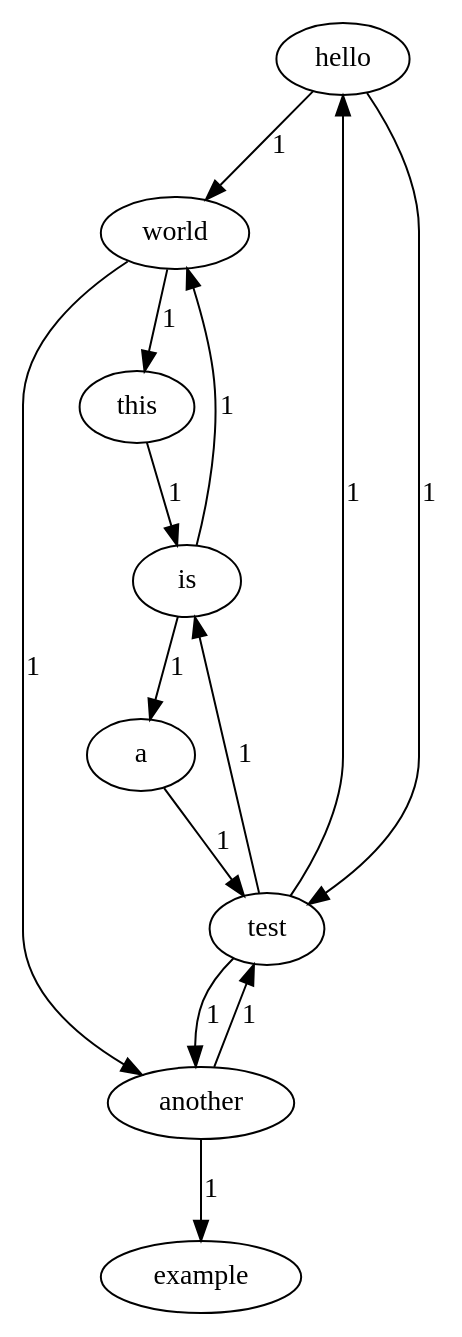
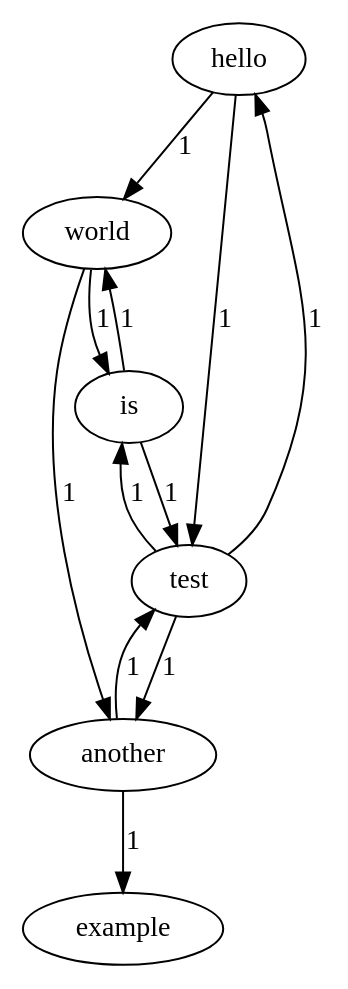
The diagram in src/file/Graph.dot (kurofu0319/Lab1-2021110667), drawn with Graphviz before and after one commit. The commit also changed 25 other files, not shown here.

```diff
--- a/src/file/Graph.dot
+++ b/src/file/Graph.dot
@@ -1,23 +1,19 @@
 digraph TextGraph {
 hello;
 world;
-this;
 is;
-a;
 test;
 another;
 example;
 hello -> world [label = 1];
-world -> this [label = 1];
-this -> is [label = 1];
-is -> a [label = 1];
-a -> test [label = 1];
+world -> is [label = 1];
+is -> test [label = 1];
 test -> hello [label = 1];
 test -> is [label = 1];
 test -> another [label = 1];
 another -> test [label = 1];
 another -> example [label = 1];
 is -> world [label = 1];
 world -> another [label = 1];
 hello -> test [label = 1];
 }
```
